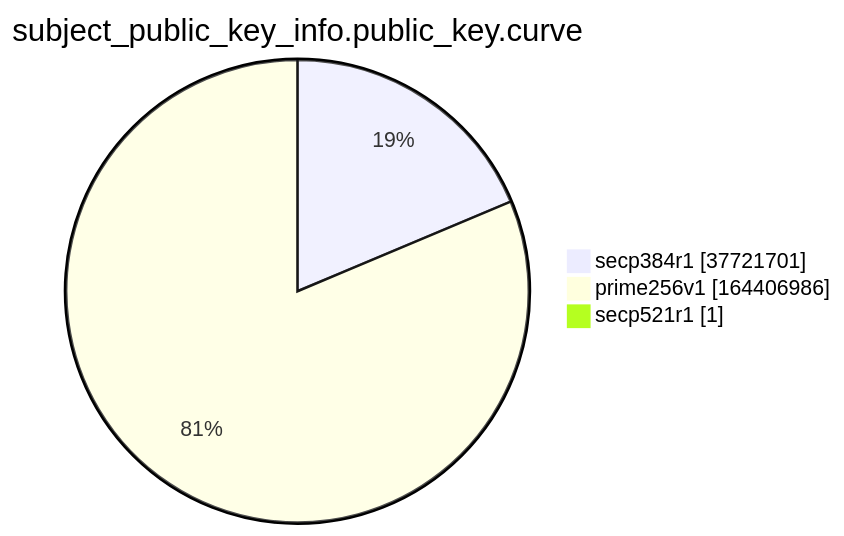
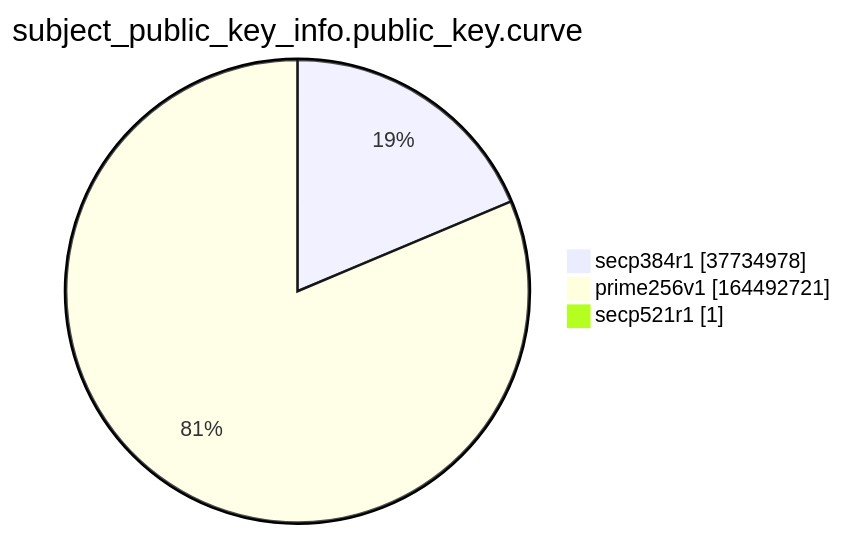
Before and after one commit to christiankrug/ctmonitor_visualization: the ninth of 15 diagrams in argon2022/README.md, drawn with Mermaid. The commit also changed other lines of this file, not shown here.

````diff
--- a/argon2022/README.md
+++ b/argon2022/README.md
@@ -2766,7 +2766,7 @@
 ```mermaid
 pie showData
 title subject_public_key_info.public_key.curve
-"secp384r1" :37721701
-"prime256v1" :164406986
+"secp384r1" :37734978
+"prime256v1" :164492721
 "secp521r1" :1
 ```
````
